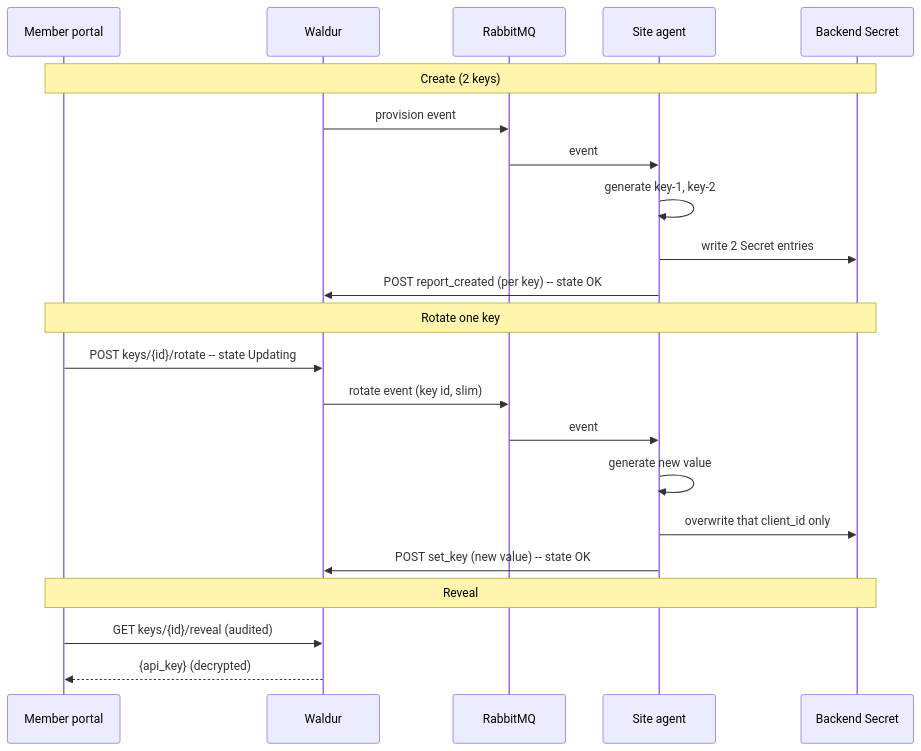
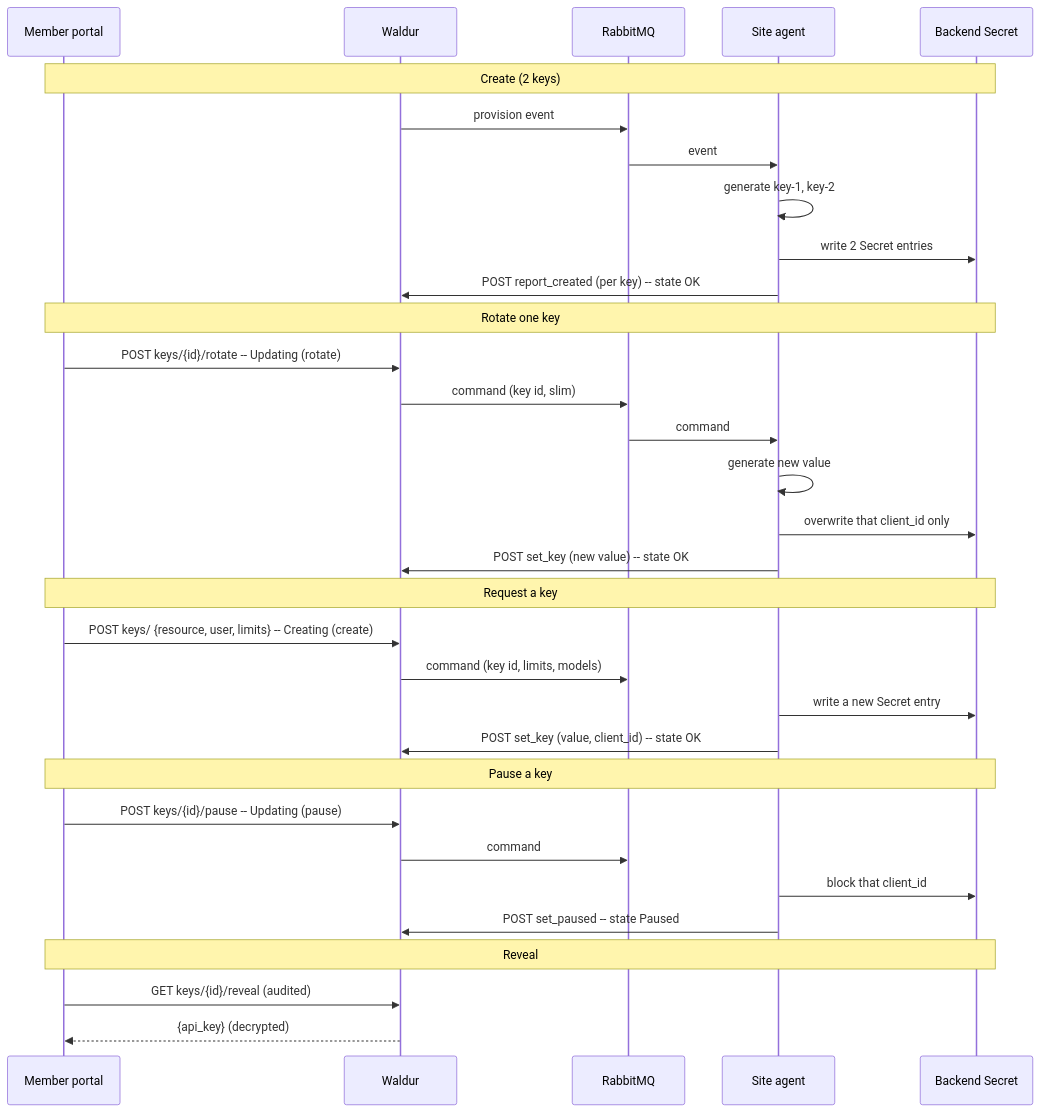
The second of 2 diagrams in docs/developer-guide/resource-api-keys.md (waldur/waldur-docs), drawn with Mermaid before and after one commit. The commit also changed other lines of this file and 41 other files, not shown here.

````diff
--- a/docs/developer-guide/resource-api-keys.md
+++ b/docs/developer-guide/resource-api-keys.md
@@ -125,25 +211,35 @@
 ```mermaid
 sequenceDiagram
     participant M as Member portal
     participant W as Waldur
     participant Q as RabbitMQ
     participant A as Site agent
     participant B as Backend Secret
 
     Note over M,B: Create (2 keys)
     W->>Q: provision event
     Q->>A: event
     A->>A: generate key-1, key-2
     A->>B: write 2 Secret entries
     A->>W: POST report_created (per key)  -- state OK
     Note over M,B: Rotate one key
-    M->>W: POST keys/{id}/rotate  -- state Updating
-    W->>Q: rotate event (key id, slim)
-    Q->>A: event
+    M->>W: POST keys/{id}/rotate  -- Updating (rotate)
+    W->>Q: command (key id, slim)
+    Q->>A: command
     A->>A: generate new value
     A->>B: overwrite that client_id only
     A->>W: POST set_key (new value)  -- state OK
+    Note over M,B: Request a key
+    M->>W: POST keys/ {resource, user, limits}  -- Creating (create)
+    W->>Q: command (key id, limits, models)
+    A->>B: write a new Secret entry
+    A->>W: POST set_key (value, client_id)  -- state OK
+    Note over M,B: Pause a key
+    M->>W: POST keys/{id}/pause  -- Updating (pause)
+    W->>Q: command
+    A->>B: block that client_id
+    A->>W: POST set_paused  -- state Paused
     Note over M,B: Reveal
     M->>W: GET keys/{id}/reveal (audited)
     W-->>M: {api_key}  (decrypted)
 ```
````
